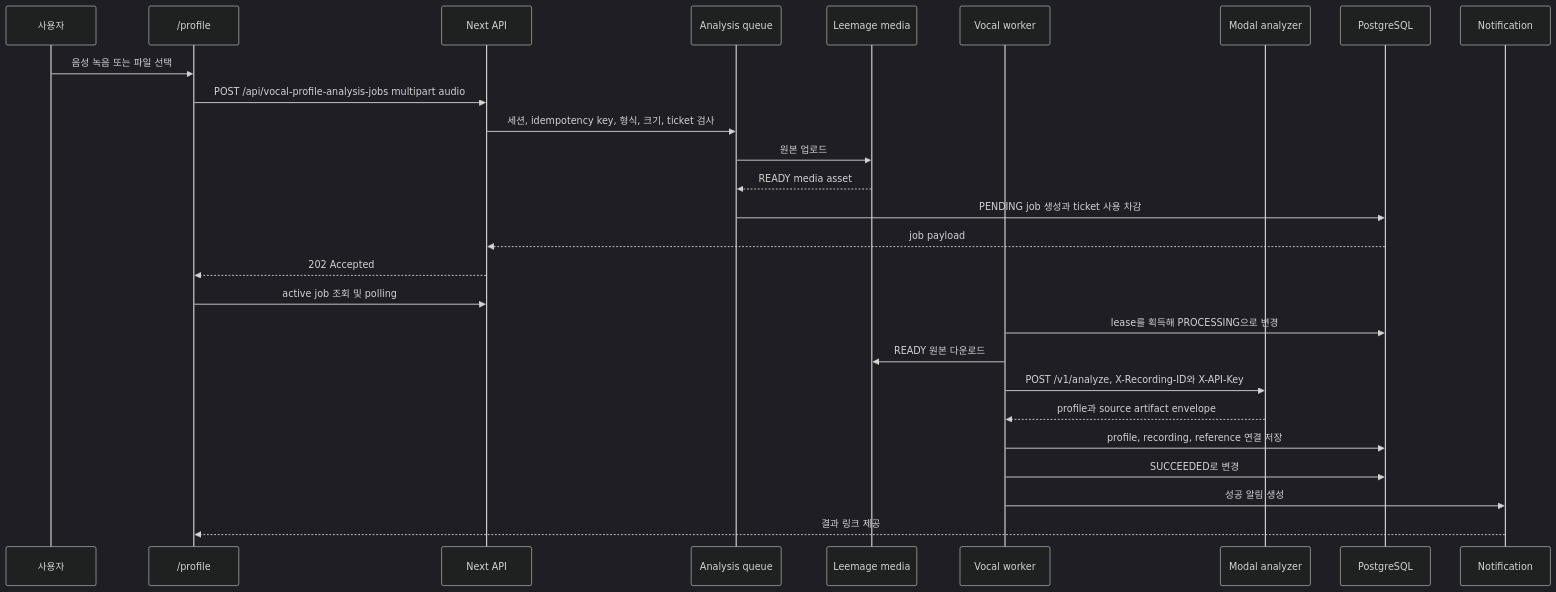
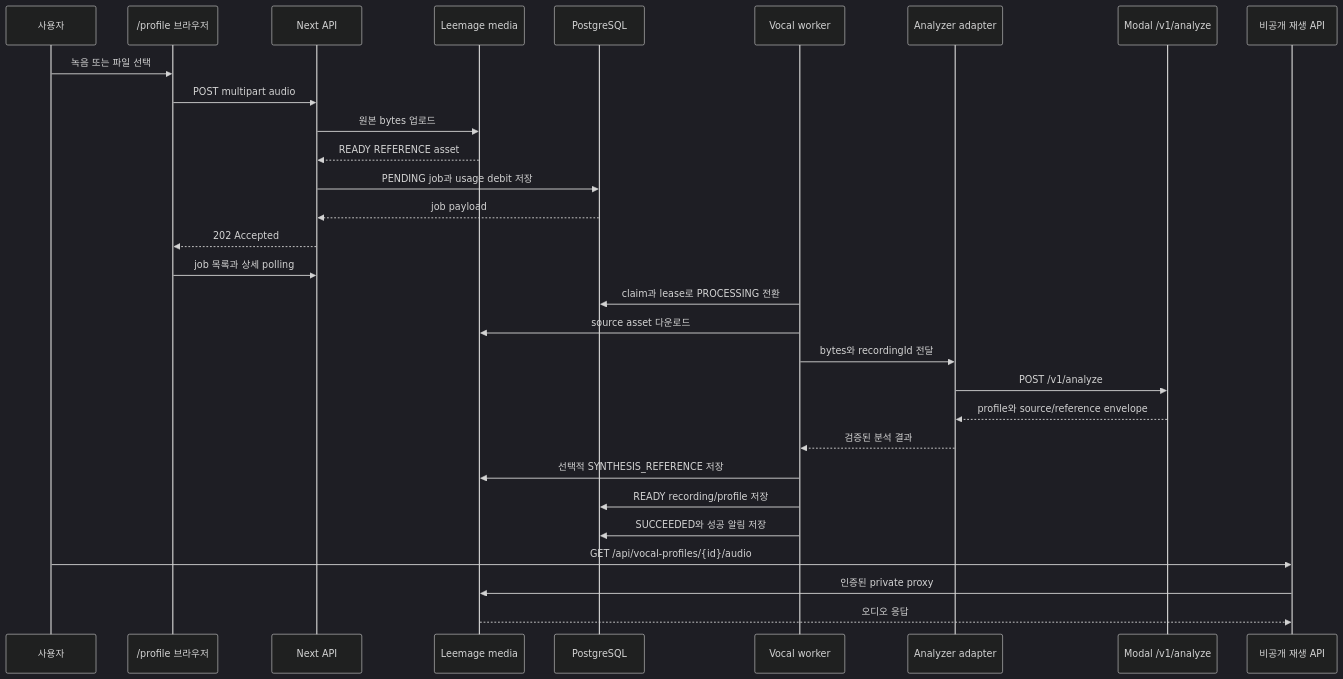
One commit to leey00nsu/copy-singer changed the diagram in openwiki/workflows/vocal-profile-analysis.md. Above: the diagram before and after it, drawn with Mermaid (dark theme). The commit also changed other lines of this file and 40 other files, not shown here.

````diff
--- a/openwiki/workflows/vocal-profile-analysis.md
+++ b/openwiki/workflows/vocal-profile-analysis.md
@@ -47,30 +69,33 @@
 ```mermaid
 sequenceDiagram
     participant User as 사용자
-    participant Profile as /profile
+    participant Browser as /profile 브라우저
     participant API as Next API
-    participant Queue as Analysis queue
     participant Media as Leemage media
+    participant DB as PostgreSQL
     participant Worker as Vocal worker
-    participant Modal as Modal analyzer
-    participant DB as PostgreSQL
-    participant Notify as Notification
+    participant Adapter as Analyzer adapter
+    participant Modal as Modal /v1/analyze
+    participant Playback as 비공개 재생 API
 
-    User->>Profile: 음성 녹음 또는 파일 선택
-    Profile->>API: POST /api/vocal-profile-analysis-jobs multipart audio
-    API->>Queue: 세션, idempotency key, 형식, 크기, ticket 검사
-    Queue->>Media: 원본 업로드
-    Media-->>Queue: READY media asset
-    Queue->>DB: PENDING job 생성과 ticket 사용 차감
+    User->>Browser: 녹음 또는 파일 선택
+    Browser->>API: POST multipart audio
+    API->>Media: 원본 bytes 업로드
+    Media-->>API: READY REFERENCE asset
+    API->>DB: PENDING job과 usage debit 저장
     DB-->>API: job payload
-    API-->>Profile: 202 Accepted
-    Profile->>API: active job 조회 및 polling
-    Worker->>DB: lease를 획득해 PROCESSING으로 변경
-    Worker->>Media: READY 원본 다운로드
-    Worker->>Modal: POST /v1/analyze, X-Recording-ID와 X-API-Key
-    Modal-->>Worker: profile과 source artifact envelope
-    Worker->>DB: profile, recording, reference 연결 저장
-    Worker->>DB: SUCCEEDED로 변경
-    Worker->>Notify: 성공 알림 생성
-    Notify-->>Profile: 결과 링크 제공
+    API-->>Browser: 202 Accepted
+    Browser->>API: job 목록과 상세 polling
+    Worker->>DB: claim과 lease로 PROCESSING 전환
+    Worker->>Media: source asset 다운로드
+    Worker->>Adapter: bytes와 recordingId 전달
+    Adapter->>Modal: POST /v1/analyze
+    Modal-->>Adapter: profile와 source/reference envelope
+    Adapter-->>Worker: 검증된 분석 결과
+    Worker->>Media: 선택적 SYNTHESIS_REFERENCE 저장
+    Worker->>DB: READY recording/profile 저장
+    Worker->>DB: SUCCEEDED와 성공 알림 저장
+    User->>Playback: GET /api/vocal-profiles/{id}/audio
+    Playback->>Media: 인증된 private proxy
+    Media-->>Playback: 오디오 응답
 ```
````
